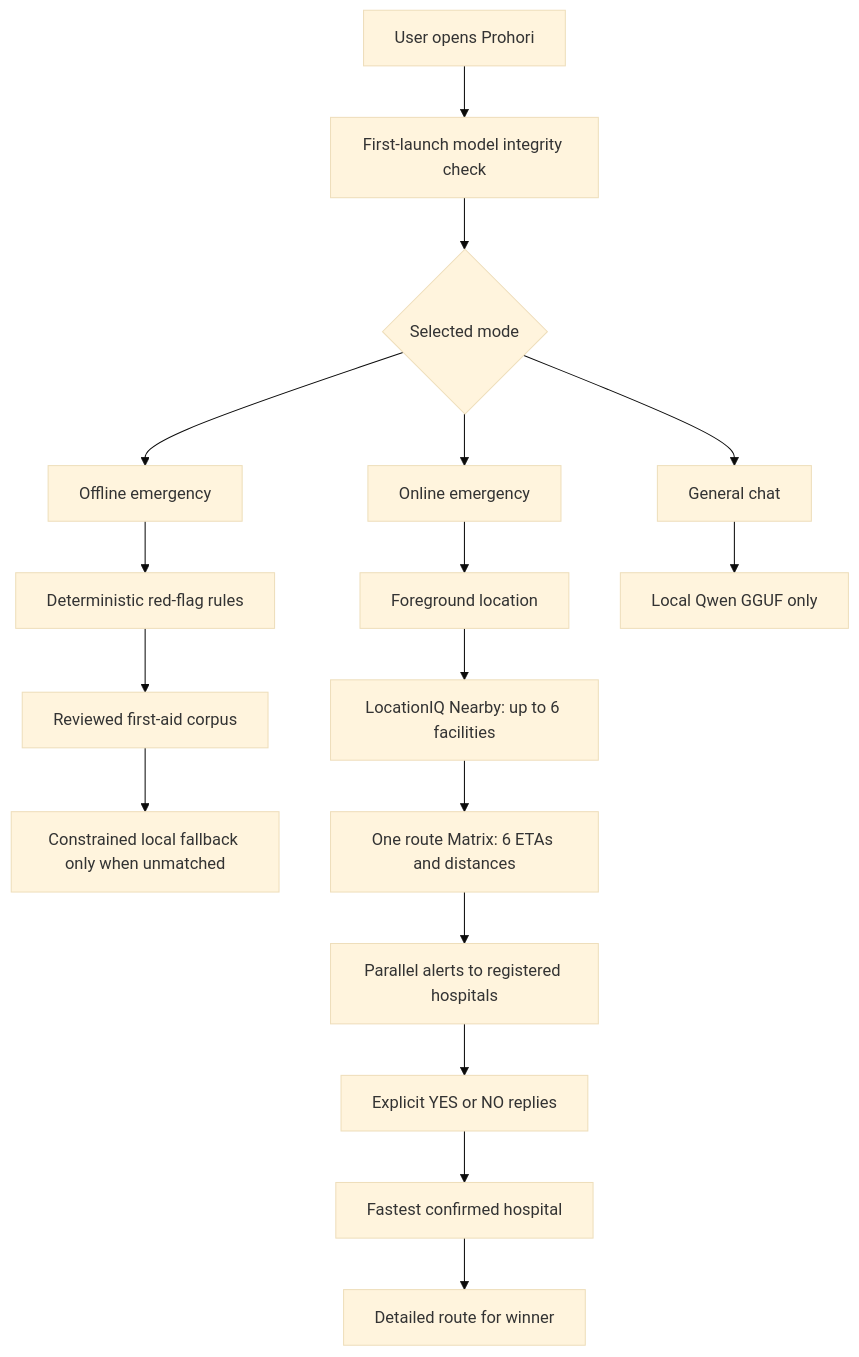
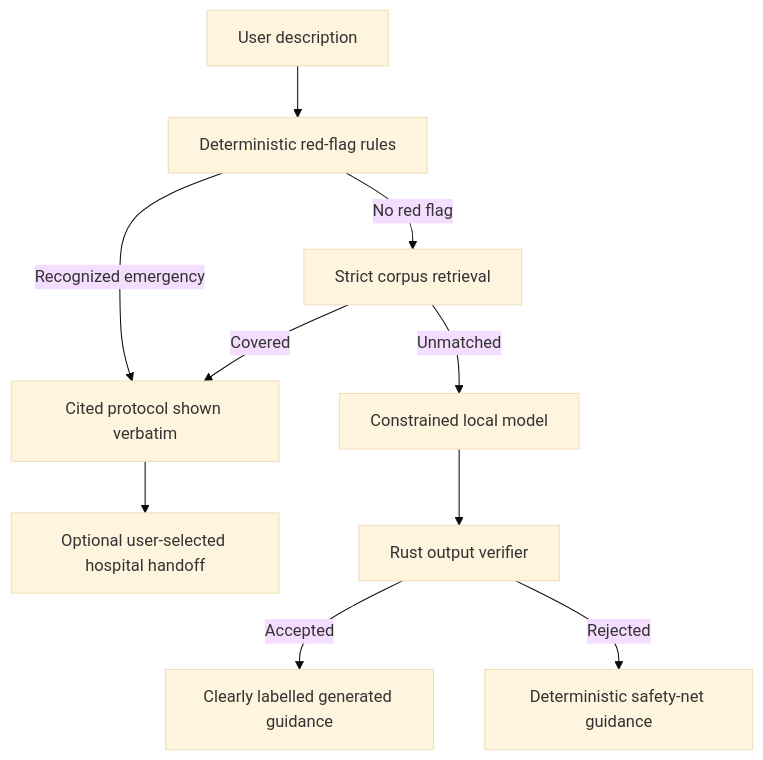
Before and after one commit to Hasan3301-cyber/Prohori: the diagram in README.md, drawn with Mermaid (base theme). The commit also changed other lines of this file and 54 other files, not shown here.

Commit message:
Complete offline AI and hospital routing release candidate

````diff
--- a/README.md
+++ b/README.md
@@ -101,19 +75,12 @@
 ```mermaid
 flowchart TD
-    U[User opens Prohori] --> B[First-launch model integrity check]
-    B --> M{Selected mode}
-    M --> O[Offline emergency]
-    O --> R[Deterministic red-flag rules]
-    R --> C[Reviewed first-aid corpus]
-    C --> F[Constrained local fallback only when unmatched]
-    M --> N[Online emergency]
-    N --> L[Foreground location]
-    L --> P[LocationIQ Nearby: up to 6 facilities]
-    P --> X[One route Matrix: 6 ETAs and distances]
-    X --> T[Parallel alerts to registered hospitals]
-    T --> Y[Explicit YES or NO replies]
-    Y --> W[Fastest confirmed hospital]
-    W --> D[Detailed route for winner]
-    M --> G[General chat]
-    G --> Q[Local Qwen GGUF only]
+    U[User description] --> R[Deterministic red-flag rules]
+    R -->|Recognized emergency| C[Cited protocol shown verbatim]
+    R -->|No red flag| S[Strict corpus retrieval]
+    S -->|Covered| C
+    S -->|Unmatched| M[Constrained local model]
+    M --> V[Rust output verifier]
+    V -->|Accepted| G[Clearly labelled generated guidance]
+    V -->|Rejected| N[Deterministic safety-net guidance]
+    C --> H[Optional user-selected hospital handoff]
 ```
````
